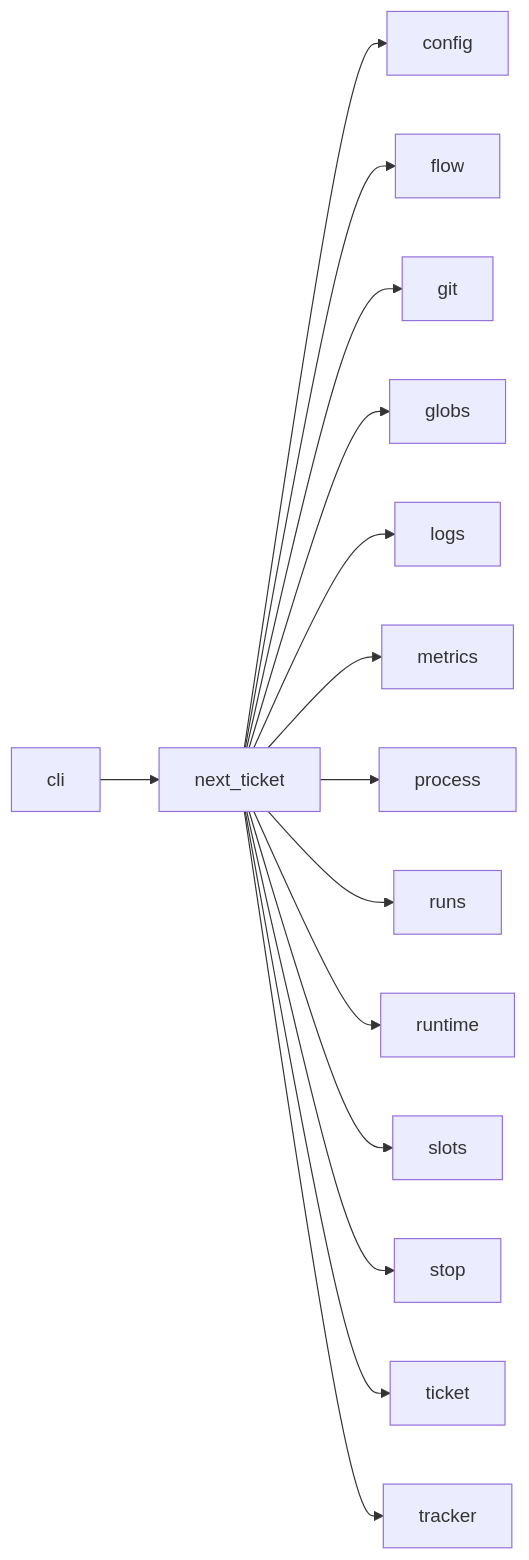
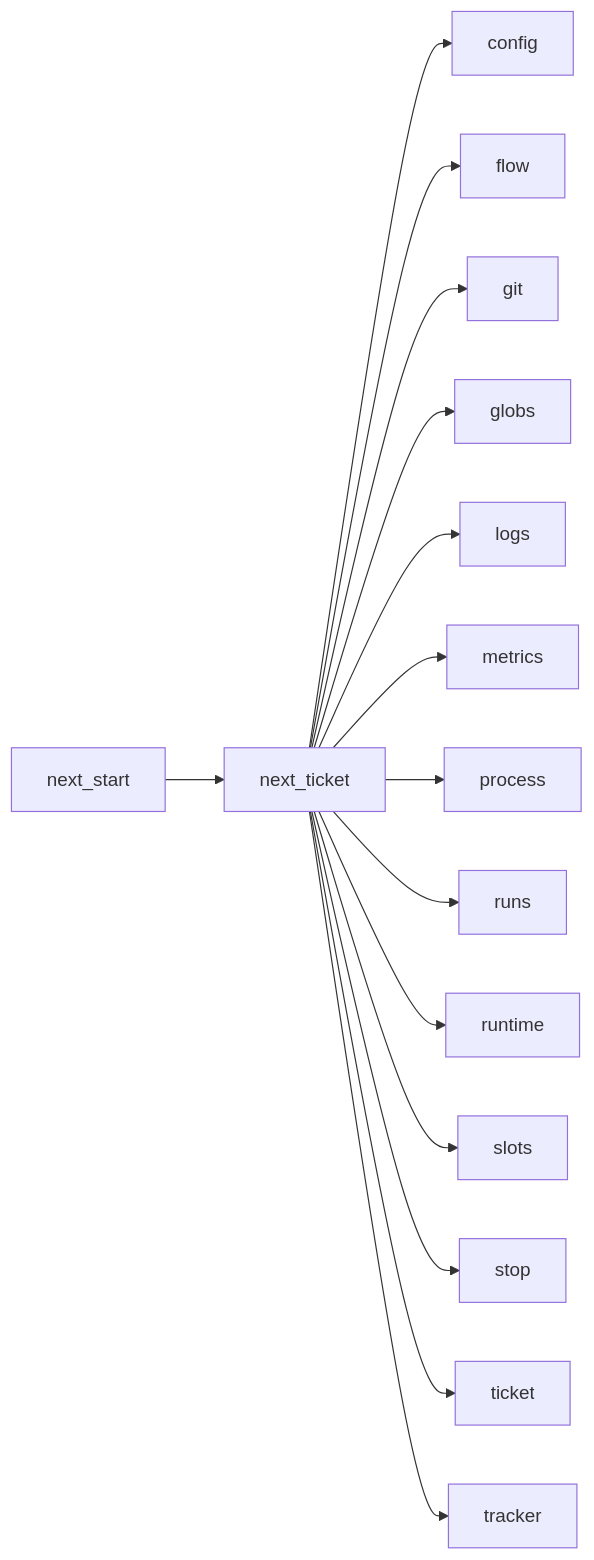
Before and after one commit to plaplanche/ariane: the third of 3 diagrams in docs/architecture/modules/next_ticket.md, drawn with Mermaid. The commit also changed other lines of this file and 27 other files, not shown here.

````diff
--- a/docs/architecture/modules/next_ticket.md
+++ b/docs/architecture/modules/next_ticket.md
@@ -81,17 +95,17 @@
 ```mermaid
 flowchart LR
-  cli --> next_ticket
+  next_start --> next_ticket
   next_ticket --> config
   next_ticket --> flow
   next_ticket --> git
   next_ticket --> globs
   next_ticket --> logs
   next_ticket --> metrics
   next_ticket --> process
   next_ticket --> runs
   next_ticket --> runtime
   next_ticket --> slots
   next_ticket --> stop
   next_ticket --> ticket
   next_ticket --> tracker
 ```
````
